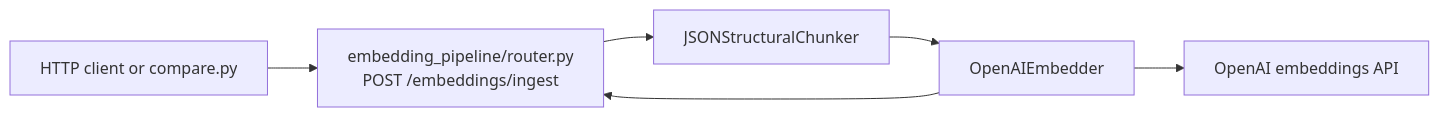
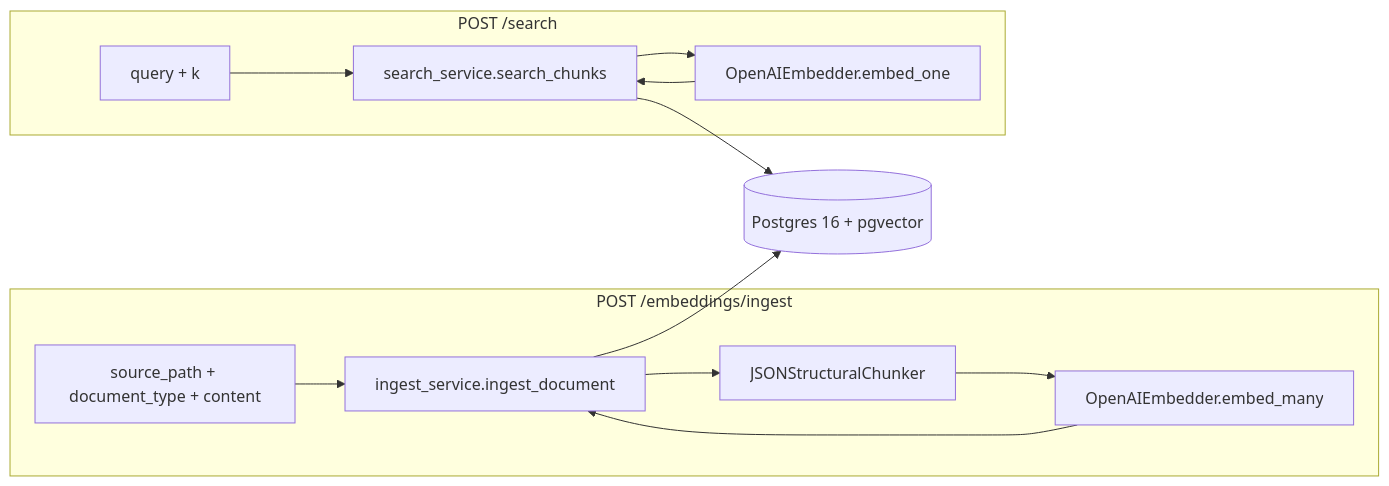
One commit to osuarez1/ai-engineering changed the fifth of 5 diagrams in estimator/docs/ARCHITECTURE.md. Above: the diagram before and after it, drawn with Mermaid. The commit also changed other lines of this file, not shown here.

First line of the commit message:
docs(architecture): document pgvector layer and search endpoints

````diff
--- a/estimator/docs/ARCHITECTURE.md
+++ b/estimator/docs/ARCHITECTURE.md
@@ -184,12 +224,21 @@
 ```mermaid
 flowchart LR
-  Client["HTTP client or compare.py"]
-  Router["embedding_pipeline/router.py<br/>POST /embeddings/ingest"]
-  Chunker["JSONStructuralChunker"]
-  Embedder["OpenAIEmbedder"]
-  OpenAI["OpenAI embeddings API"]
-
-  Client --> Router
-  Router --> Chunker --> Embedder --> OpenAI
-  Embedder --> Router
+  subgraph ingestFlow [POST /embeddings/ingest]
+    IReq["source_path + document_type + content"]
+    ISvc["ingest_service.ingest_document"]
+    Chunker["JSONStructuralChunker"]
+    EmbedMany["OpenAIEmbedder.embed_many"]
+    IReq --> ISvc --> Chunker --> EmbedMany
+    EmbedMany --> ISvc
+  end
+  subgraph searchFlow [POST /search]
+    SReq["query + k"]
+    SSvc["search_service.search_chunks"]
+    EmbedOne["OpenAIEmbedder.embed_one"]
+    SReq --> SSvc --> EmbedOne
+    EmbedOne --> SSvc
+  end
+  PG[("Postgres 16 + pgvector")]
+  ISvc --> PG
+  SSvc --> PG
 ```
````
